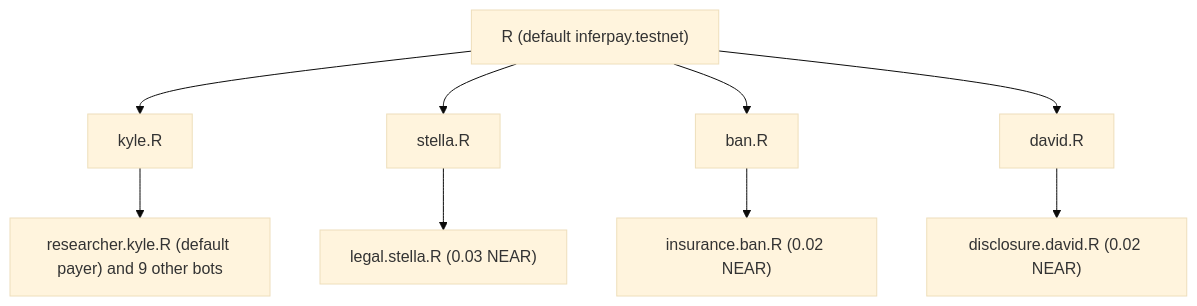
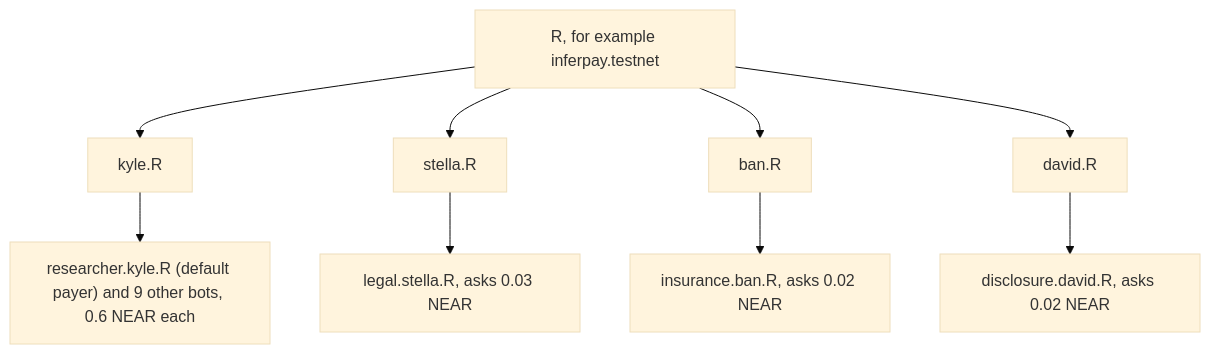
The second of 2 diagrams in README.md (taejeekim/InferPay), drawn with Mermaid (base theme) before and after one commit. The commit also changed other lines of this file and 1 other file, not shown here.

First line of the commit message:
docs: describe the decision, the testnet rail, and the attestation checks

````diff
--- a/README.md
+++ b/README.md
@@ -177,12 +378,12 @@
 ```mermaid
 flowchart TD
-  root["R (default inferpay.testnet)"]
+  root["R, for example inferpay.testnet"]
   root --> kyle["kyle.R"]
   root --> stella["stella.R"]
   root --> ban["ban.R"]
   root --> david["david.R"]
-  kyle --> researcher["researcher.kyle.R (default payer) and 9 other bots"]
-  stella --> legal["legal.stella.R (0.03 NEAR)"]
-  ban --> insurance["insurance.ban.R (0.02 NEAR)"]
-  david --> disclosure["disclosure.david.R (0.02 NEAR)"]
+  kyle --> researcher["researcher.kyle.R (default payer) and 9 other bots, 0.6 NEAR each"]
+  stella --> legal["legal.stella.R, asks 0.03 NEAR"]
+  ban --> insurance["insurance.ban.R, asks 0.02 NEAR"]
+  david --> disclosure["disclosure.david.R, asks 0.02 NEAR"]
 ```
````
